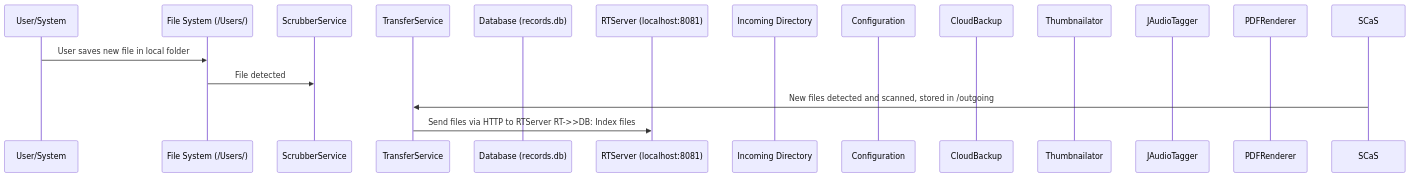
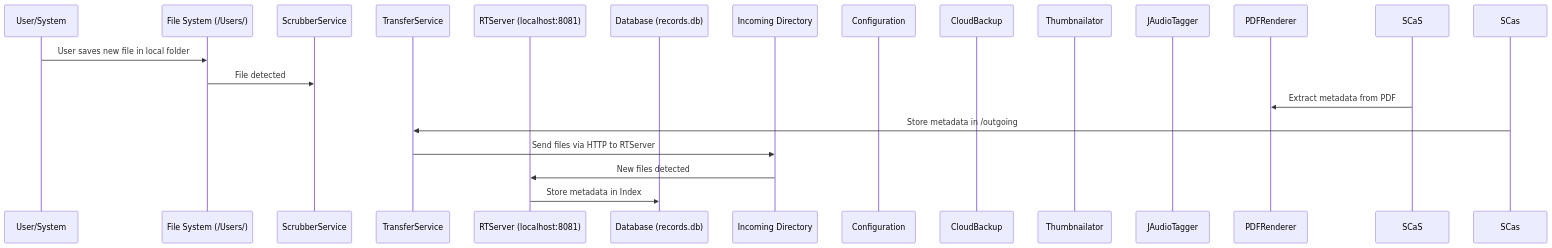
Before and after one commit to sync-different/alt-core-docs: the diagram in Mainflow.md, drawn with Mermaid.

````diff
--- a/Mainflow.md
+++ b/Mainflow.md
@@ -1,21 +1,24 @@
 ```mermaid
 sequenceDiagram
     participant User as User/System
     participant FS as File System (/Users/)
     participant ScaS as ScrubberService
     participant TS as TransferService
+    participant RT as RTServer (localhost:8081)
     participant DB as Database (records.db)
-    participant RT as RTServer (localhost:8081)
     participant Incoming as Incoming Directory
     participant Config as Configuration
     participant CB as CloudBackup
     participant Thumb as Thumbnailator
     participant Audio as JAudioTagger
     participant PDF as PDFRenderer
 
     User->>FS: User saves new file in local folder
 	 FS->>ScaS: File detected
-	 SCaS->>TS: New files detected and scanned, stored in /outgoing
-	 TS->>RT: Send files via HTTP to RTServer	 RT->>DB: Index files
+	 SCaS->>PDF: Extract metadata from PDF
+	 SCas->>TS: Store metadata in /outgoing
+	 TS->>Incoming: Send files via HTTP to RTServer
+	 Incoming->>RT: New files detected
+	 RT->>DB: Store metadata in Index
     
 ```
````
